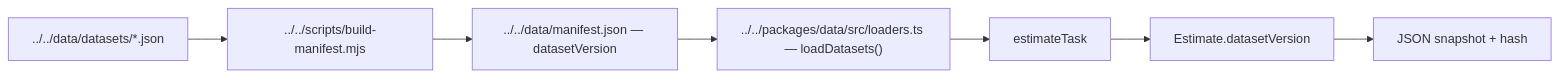
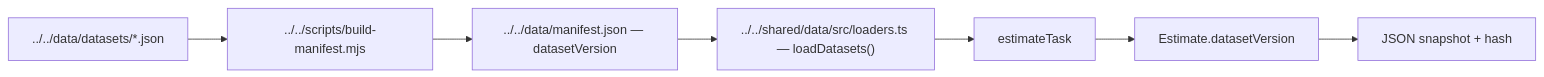
The third of 3 diagrams in docs/deliverables/ARCHITECTURE.md (k0luchiy/tmk-decision-studio), drawn with Mermaid before and after one commit. The commit also changed other lines of this file and 176 other files, not shown here.

Commit message:
refactor: rename apps/packages to frontend/backend/shared

````diff
--- a/docs/deliverables/ARCHITECTURE.md
+++ b/docs/deliverables/ARCHITECTURE.md
@@ -116,9 +116,9 @@
 ```mermaid
 graph LR
   R["../../data/datasets/*.json"] --> M["../../scripts/build-manifest.mjs"]
   M --> MAN["../../data/manifest.json — datasetVersion"]
-  MAN --> L["../../packages/data/src/loaders.ts — loadDatasets()"]
+  MAN --> L["../../shared/data/src/loaders.ts — loadDatasets()"]
   L --> PIPE["estimateTask"]
   PIPE --> EST["Estimate.datasetVersion"]
   EST --> SNAP["JSON snapshot + hash"]
 ```
````
